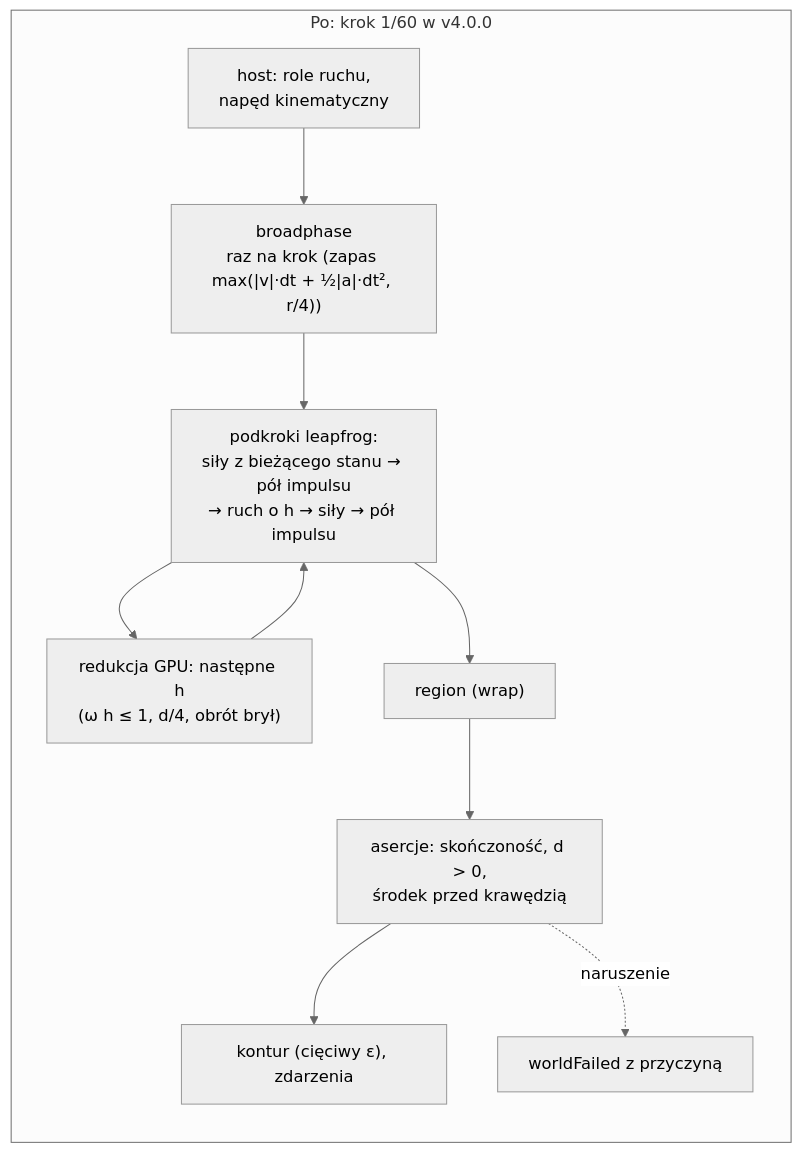
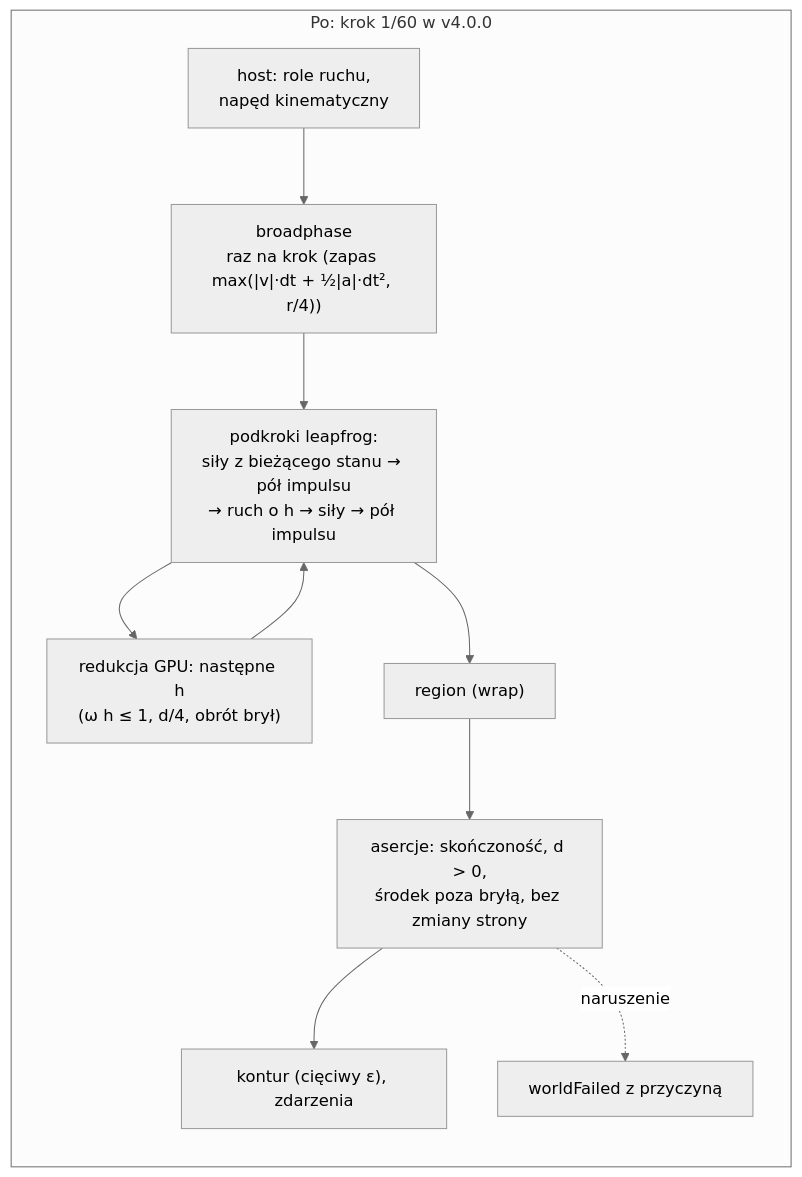
Before and after one commit to MariuszAdamowicz/BubblePhysics: the second of 3 diagrams in docs/sdlc/changes/2026-11-23-engine-4-0-0/change-design.md, drawn with Mermaid (neutral theme). The commit also changed other lines of this file, not shown here.

First line of the commit message:
docs(change-design): poprawki po przeglądzie (pętla 2, runda 2, CAP_REACHED) — dokładny półimpuls z oporem, wiersz bryły w ω, krok bez postępu bez fałszywych alarmów

````diff
--- a/docs/sdlc/changes/2026-11-23-engine-4-0-0/change-design.md
+++ b/docs/sdlc/changes/2026-11-23-engine-4-0-0/change-design.md
@@ -51,13 +51,13 @@
 ```mermaid
 flowchart LR
   subgraph after["Po: krok 1/60 w v4.0.0"]
     h2["host: role ruchu,<br/>napęd kinematyczny"] --> b2["broadphase<br/>raz na krok (zapas max(|v|·dt + ½|a|·dt², r/4))"]
     b2 --> s2["podkroki leapfrog:<br/>siły z bieżącego stanu → pół impulsu<br/>→ ruch o h → siły → pół impulsu"]
     s2 --> hr["redukcja GPU: następne h<br/>(ω h ≤ 1, d/4, obrót brył)"]
     hr --> s2
     s2 --> rg2["region (wrap)"]
-    rg2 --> a2["asercje: skończoność, d > 0,<br/>środek przed krawędzią"]
+    rg2 --> a2["asercje: skończoność, d > 0,<br/>środek poza bryłą, bez zmiany strony"]
     a2 --> k2["kontur (cięciwy ε), zdarzenia"]
     a2 -. naruszenie .-> f2["worldFailed z przyczyną"]
   end
 ```
````
